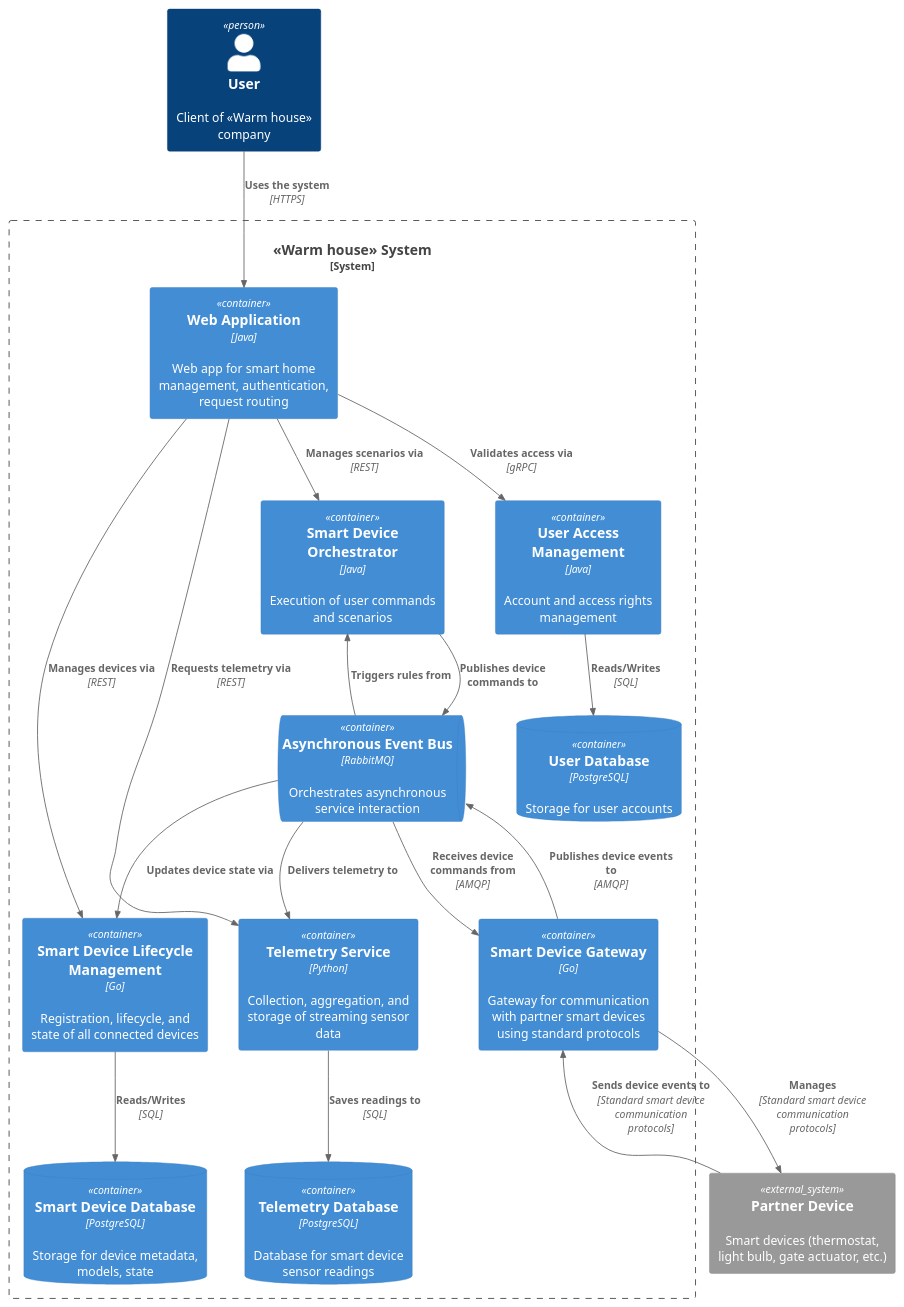
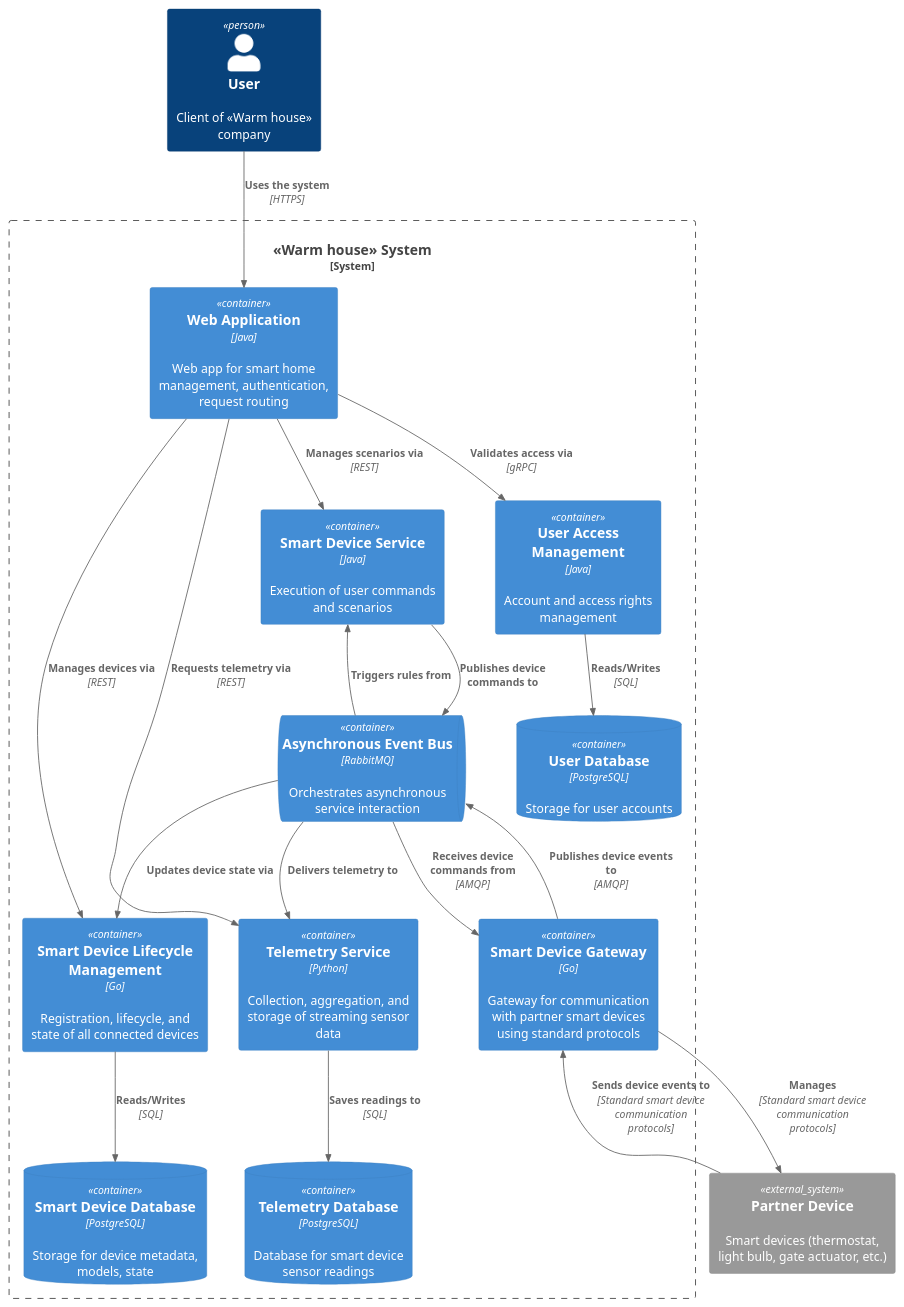
The diagram in diagrams/container/container.plantuml (winmord/architecture-pro-warmhouse), drawn with PlantUML before and after one commit. The commit also changed 16 other files, not shown here.

```diff
--- a/diagrams/container/container.plantuml
+++ b/diagrams/container/container.plantuml
@@ -1,44 +1,44 @@
 @startuml
 !include ../C4_Container.puml
 
 Person(user, "User", "Client of «Warm house» company")
 System_Boundary(platform, "«Warm house» System") {
     Container(web_app, "Web Application", "Java", "Web app for smart home management, authentication, request routing")
-    Container(device_service, "Smart Device Lifecycle Management", "Go", "Registration, lifecycle, and state of all connected devices")
+    Container(device_management, "Smart Device Lifecycle Management", "Go", "Registration, lifecycle, and state of all connected devices")
     Container(telemetry_service, "Telemetry Service", "Python", "Collection, aggregation, and storage of streaming sensor data")
-    Container(orchestrator_service, "Smart Device Orchestrator", "Java", "Execution of user commands and scenarios")
+    Container(device_service, "Smart Device Service", "Java", "Execution of user commands and scenarios")
     Container(user_service, "User Access Management", "Java", "Account and access rights management")
     Container(device_gateway, "Smart Device Gateway", "Go", "Gateway for communication with partner smart devices using standard protocols")
 
     ContainerQueue(message_broker, "Asynchronous Event Bus", "RabbitMQ", "Orchestrates asynchronous service interaction")
 
     ContainerDb(device_db, "Smart Device Database", "PostgreSQL", "Storage for device metadata, models, state")
     ContainerDb(telemetry_db, "Telemetry Database", "PostgreSQL", "Database for smart device sensor readings")
     ContainerDb(user_db, "User Database", "PostgreSQL", "Storage for user accounts")
 
 }
 
 System_Ext(partner_device, "Partner Device", "Smart devices (thermostat, light bulb, gate actuator, etc.)")
 
 Rel(user, web_app, "Uses the system", "HTTPS")
 
 Rel(web_app, user_service, "Validates access via", "gRPC")
-Rel(web_app, device_service, "Manages devices via", "REST")
+Rel(web_app, device_management, "Manages devices via", "REST")
 Rel(web_app, telemetry_service, "Requests telemetry via", "REST")
-Rel(web_app, orchestrator_service, "Manages scenarios via", "REST")
+Rel(web_app, device_service, "Manages scenarios via", "REST")
 
 Rel(device_gateway, message_broker, "Publishes device events to", "AMQP")
 Rel(message_broker, device_gateway, "Receives device commands from", "AMQP")
 Rel(message_broker, telemetry_service, "Delivers telemetry to", "")
-Rel(message_broker, orchestrator_service, "Triggers rules from", "")
-Rel(orchestrator_service, message_broker, "Publishes device commands to", "")
-Rel(message_broker, device_service, "Updates device state via", "")
+Rel(message_broker, device_service, "Triggers rules from", "")
+Rel(device_service, message_broker, "Publishes device commands to", "")
+Rel(message_broker, device_management, "Updates device state via", "")
 
-Rel(device_service, device_db, "Reads/Writes", "SQL")
+Rel(device_management, device_db, "Reads/Writes", "SQL")
 Rel(telemetry_service, telemetry_db, "Saves readings to", "SQL")
 Rel(user_service, user_db, "Reads/Writes", "SQL")
 
 Rel(device_gateway, partner_device, "Manages", "Standard smart device communication protocols")
 Rel(partner_device, device_gateway, "Sends device events to", "Standard smart device communication protocols")
 
 @enduml
```
